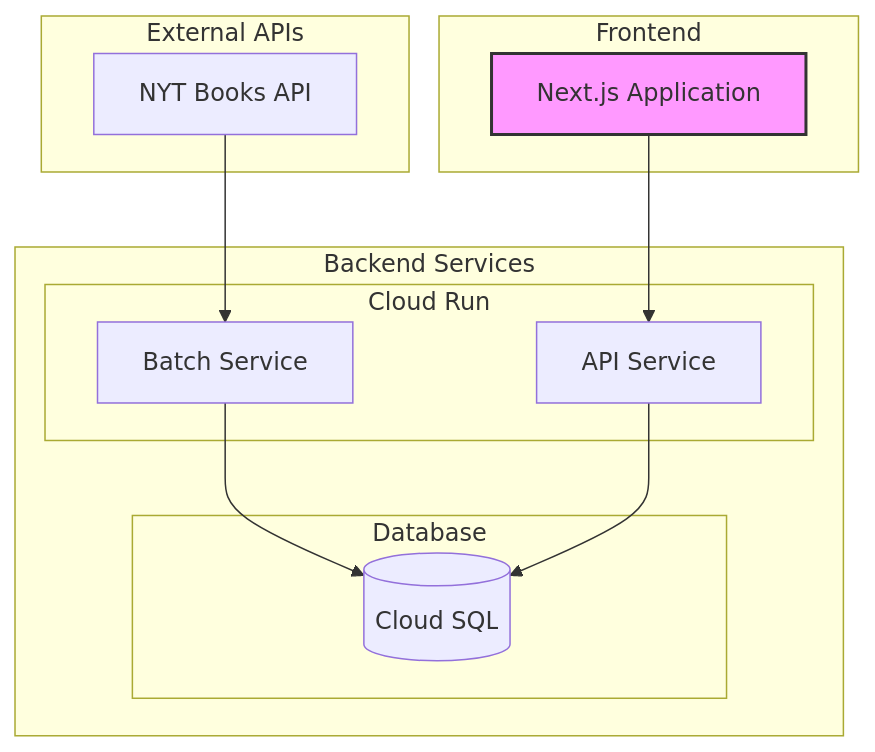
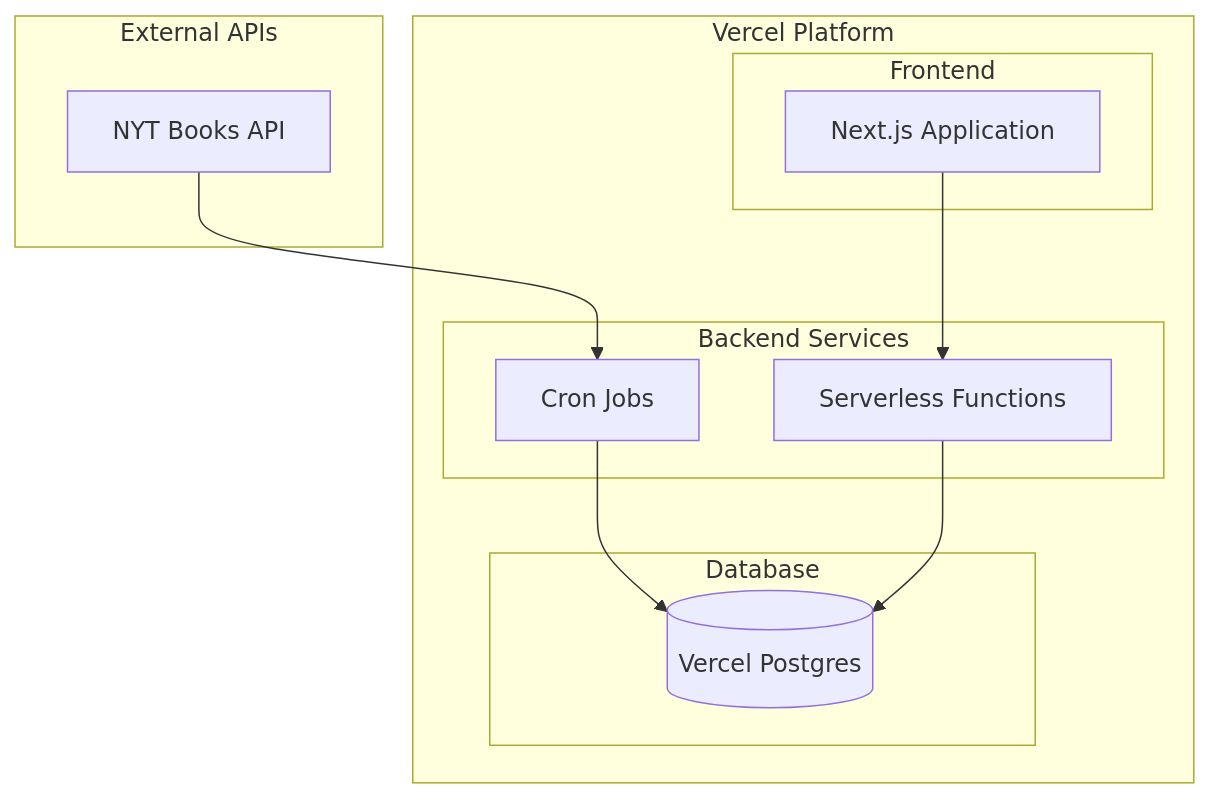
The diagram in app/README.md (Masa7452/nyt-reading-room), drawn with Mermaid before and after one commit. The commit also changed other lines of this file and 28 other files, not shown here.

````diff
--- a/app/README.md
+++ b/app/README.md
@@ -40,27 +39,26 @@
 ```mermaid
 graph TB
     subgraph "External APIs"
         NYT[NYT Books API]
     end
 
-    subgraph "Frontend"
-        Next[Next.js Application]
-        style Next fill:#f9f,stroke:#333,stroke-width:2px
-    end
+    subgraph "Vercel Platform"
+        subgraph "Frontend"
+            Next[Next.js Application]
+        end
 
-    subgraph "Backend Services"
-        subgraph "Cloud Run"
-            API[API Service]
-            Batch[Batch Service]
+        subgraph "Backend Services"
+            API[Serverless Functions]
+            Batch[Cron Jobs]
         end
 
         subgraph "Database"
-            SQL[(Cloud SQL)]
+            SQL[(Vercel Postgres)]
         end
     end
 
     NYT --> Batch
     Batch --> SQL
     API --> SQL
     Next --> API
 ```
````
